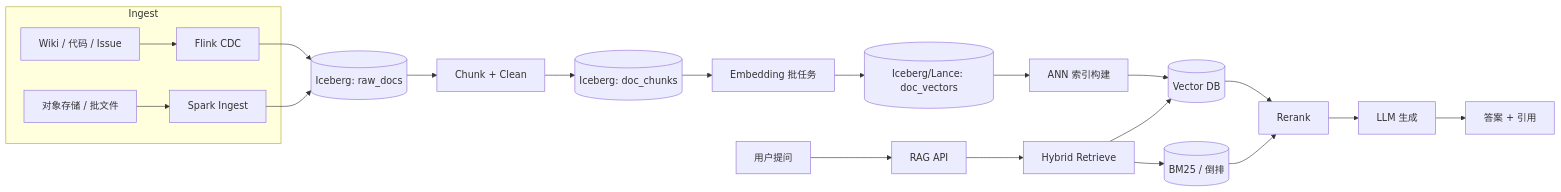
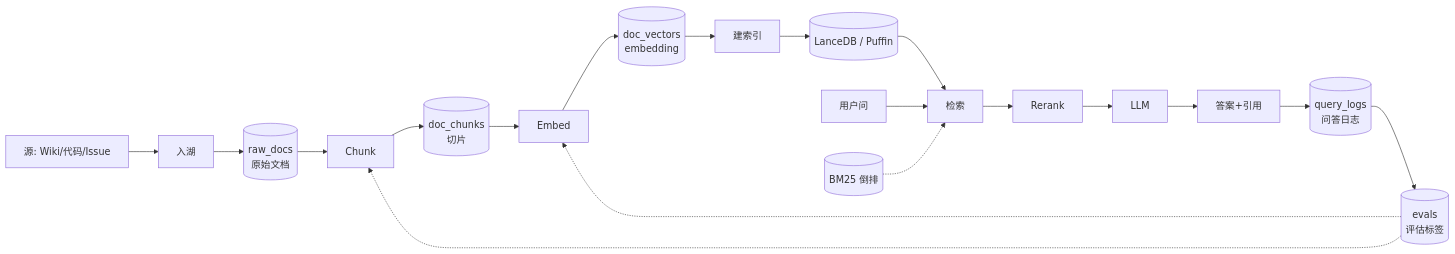
One commit to wangyong9999/lakehouse-wiki changed the diagram in docs/scenarios/rag-on-lake.md. Above: the diagram before and after it, drawn with Mermaid. The commit also changed other lines of this file, not shown here.

Commit message:
content(E3): upgrade RAG on Lake to full deep-dive (87 -> 400+ 行)

````diff
--- a/docs/scenarios/rag-on-lake.md
+++ b/docs/scenarios/rag-on-lake.md
@@ -25,23 +43,23 @@
 ```mermaid
 flowchart LR
-  subgraph Ingest
-    src1[Wiki / 代码 / Issue] --> cdc[Flink CDC]
-    src2[对象存储 / 批文件] --> batch[Spark Ingest]
-  end
-  cdc --> raw[(Iceberg: raw_docs)]
-  batch --> raw
-  raw --> chunk[Chunk + Clean]
-  chunk --> chunks[(Iceberg: doc_chunks)]
-  chunks --> embed[Embedding 批任务]
-  embed --> vec[(Iceberg/Lance: doc_vectors)]
-  vec --> idx[ANN 索引构建]
-  idx --> vecdb[(Vector DB)]
-  user[用户提问] --> api[RAG API]
-  api --> retrieve[Hybrid Retrieve]
-  retrieve --> vecdb
-  retrieve --> bm25[(BM25 / 倒排)]
-  vecdb --> rerank[Rerank]
-  bm25 --> rerank
-  rerank --> llm[LLM 生成]
-  llm --> out[答案 + 引用]
+  src[源: Wiki/代码/Issue] --> ingest[入湖]
+  ingest --> t1[(raw_docs<br/>原始文档)]
+  t1 --> chunk[Chunk]
+  chunk --> t2[(doc_chunks<br/>切片)]
+  t2 --> embed[Embed]
+  embed --> t3[(doc_vectors<br/>embedding)]
+  t3 --> idx[建索引]
+  idx --> vec[(LanceDB / Puffin)]
+  
+  q[用户问] --> retr[检索]
+  vec --> retr
+  bm25[(BM25 倒排)] -.-> retr
+  retr --> rerank[Rerank]
+  rerank --> llm[LLM]
+  llm --> ans[答案+引用]
+  
+  ans --> t4[(query_logs<br/>问答日志)]
+  t4 --> t5[(evals<br/>评估标签)]
+  t5 -.-> chunk
+  t5 -.-> embed
 ```
````
